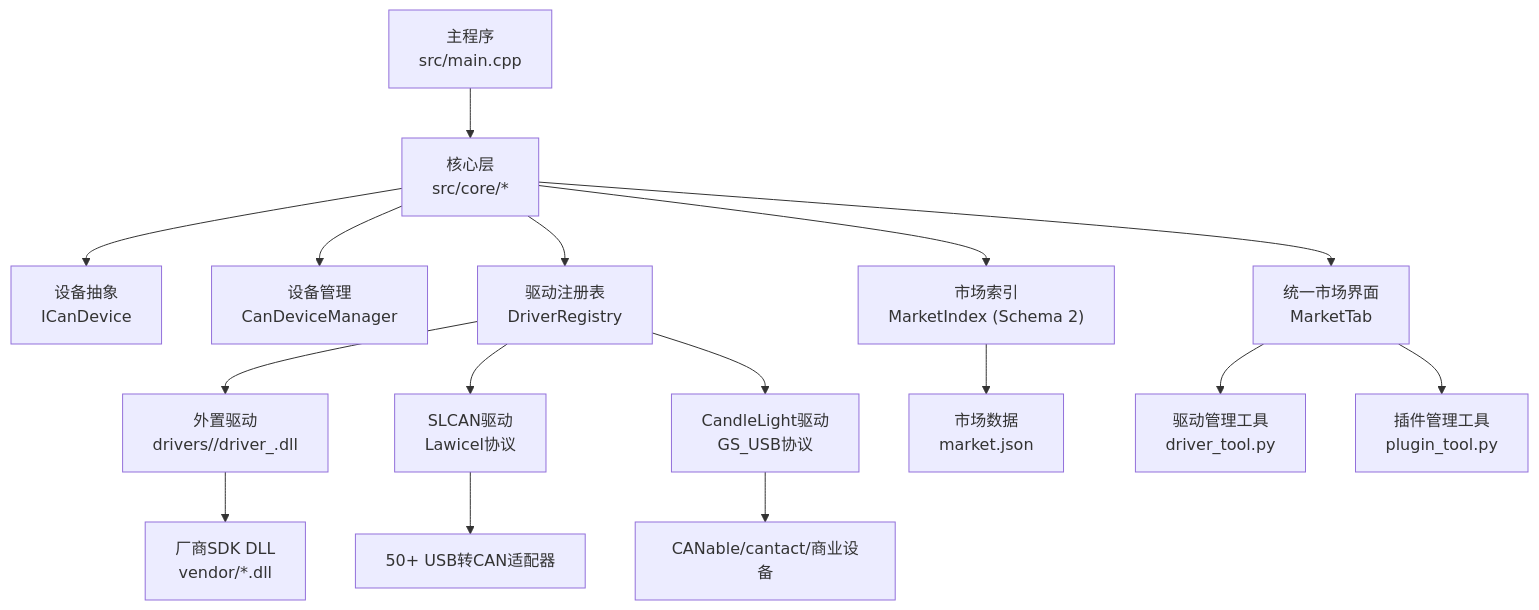
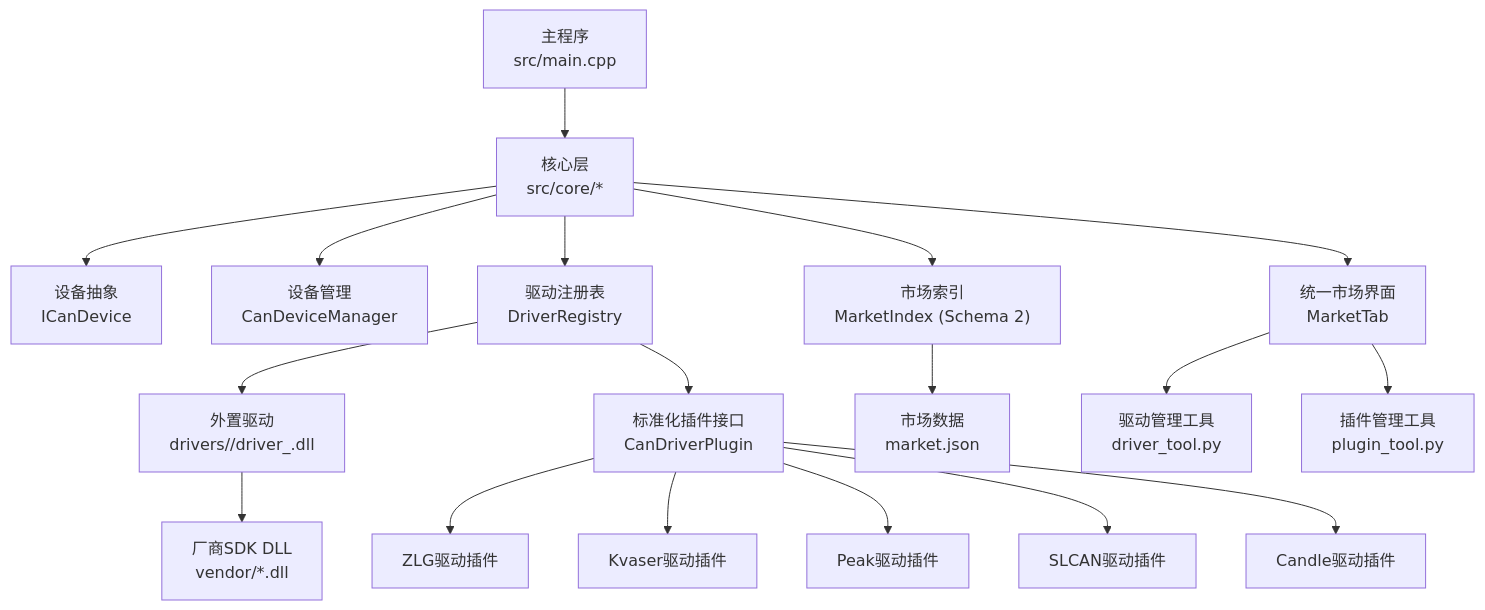
One commit to jakecai1225-design/OpenBus changed the first of 6 diagrams in .qoder/repowiki/zh/content/架构设计/驱动系统方案.md. Above: the diagram before and after it, drawn with Mermaid. The commit also changed other lines of this file and 58 other files, not shown here.

````diff
--- a/.qoder/repowiki/zh/content/架构设计/驱动系统方案.md
+++ b/.qoder/repowiki/zh/content/架构设计/驱动系统方案.md
@@ -55,18 +53,20 @@
 ```mermaid
 graph TB
 A["主程序<br/>src/main.cpp"] --> B["核心层<br/>src/core/*"]
 B --> C["设备抽象<br/>ICanDevice"]
 B --> D["设备管理<br/>CanDeviceManager"]
 B --> E["驱动注册表<br/>DriverRegistry"]
 E --> F["外置驱动<br/>drivers/<id>/driver_<id>.dll"]
 F --> G["厂商SDK DLL<br/>vendor/*.dll"]
 B --> H["市场索引<br/>MarketIndex (Schema 2)"]
 H --> I["市场数据<br/>market.json"]
 B --> J["统一市场界面<br/>MarketTab"]
 J --> K["驱动管理工具<br/>driver_tool.py"]
 J --> L["插件管理工具<br/>plugin_tool.py"]
-E --> M["SLCAN驱动<br/>Lawicel协议"]
-E --> N["CandleLight驱动<br/>GS_USB协议"]
-M --> O["50+ USB转CAN适配器"]
-N --> P["CANable/cantact/商业设备"]
+E --> M["标准化插件接口<br/>CanDriverPlugin"]
+M --> N["ZLG驱动插件"]
+M --> O["Kvaser驱动插件"]
+M --> P["Peak驱动插件"]
+M --> Q["SLCAN驱动插件"]
+M --> R["Candle驱动插件"]
 ```
````
